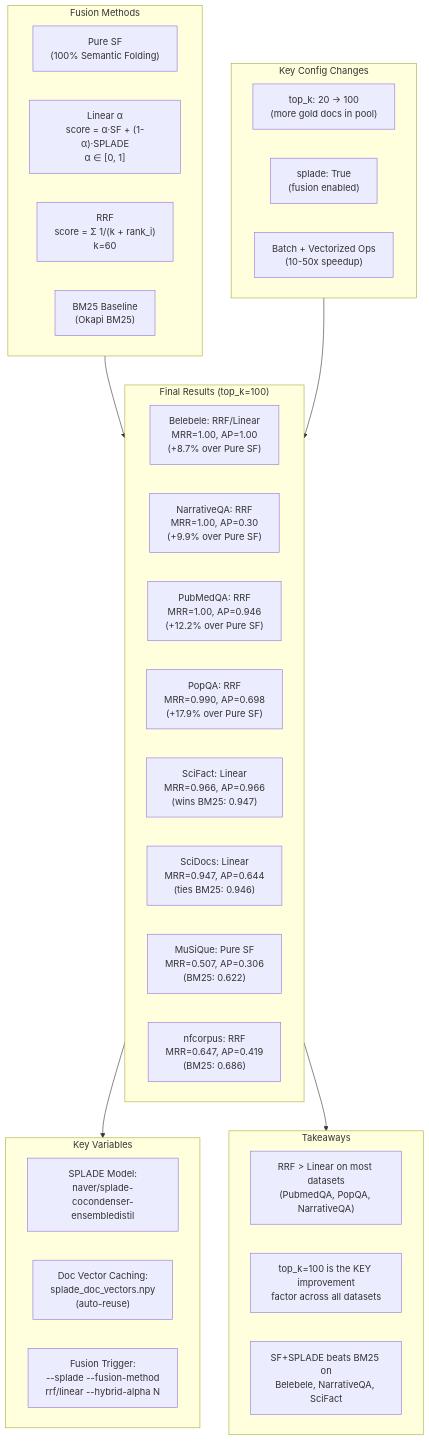
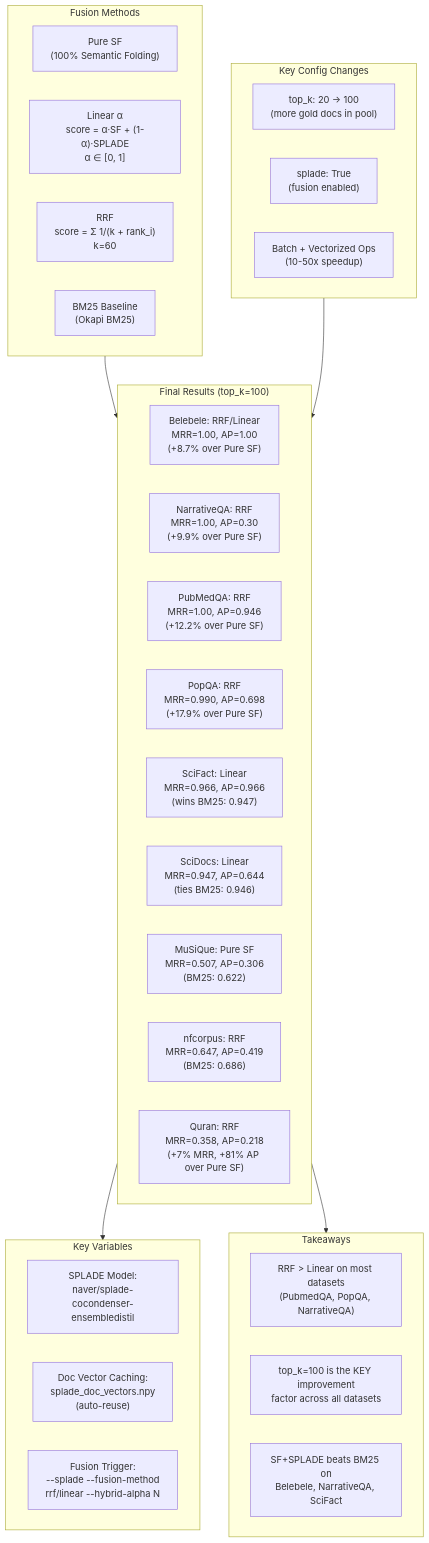
One commit to vahidmoradilak/SemanticFolding changed the fifth of 8 diagrams in docs/block_diagram.md. Above: the diagram before and after it, drawn with Mermaid. The commit also changed other lines of this file and 4 other files, not shown here.

````diff
--- a/docs/block_diagram.md
+++ b/docs/block_diagram.md
@@ -178,43 +178,44 @@
 ```mermaid
 flowchart TD
     subgraph METHODS["Fusion Methods"]
         M1["Pure SF\n(100% Semantic Folding)"]
         M2["Linear α\nscore = α·SF + (1-α)·SPLADE\nα ∈ [0, 1]"]
         M3["RRF\nscore = Σ 1/(k + rank_i)\nk=60"]
         M4["BM25 Baseline\n(Okapi BM25)"]
     end
 
     subgraph KEY_CONFIG["Key Config Changes"]
         K1["top_k: 20 → 100\n(more gold docs in pool)"]
         K2["splade: True\n(fusion enabled)"]
         K3["Batch + Vectorized Ops\n(10-50x speedup)"]
     end
 
     subgraph RESULTS["Final Results (top_k=100)"]
         R1["Belebele: RRF/Linear\nMRR=1.00, AP=1.00\n(+8.7% over Pure SF)"]
         R2["NarrativeQA: RRF\nMRR=1.00, AP=0.30\n(+9.9% over Pure SF)"]
         R3["PubMedQA: RRF\nMRR=1.00, AP=0.946\n(+12.2% over Pure SF)"]
         R4["PopQA: RRF\nMRR=0.990, AP=0.698\n(+17.9% over Pure SF)"]
         R5["SciFact: Linear\nMRR=0.966, AP=0.966\n(wins BM25: 0.947)"]
         R6["SciDocs: Linear\nMRR=0.947, AP=0.644\n(ties BM25: 0.946)"]
         R7["MuSiQue: Pure SF\nMRR=0.507, AP=0.306\n(BM25: 0.622)"]
         R8["nfcorpus: RRF\nMRR=0.647, AP=0.419\n(BM25: 0.686)"]
+        R9["Quran: RRF\nMRR=0.358, AP=0.218\n(+7% MRR, +81% AP over Pure SF)"]
     end
 
     subgraph VARS["Key Variables"]
         V1["SPLADE Model:\nnaver/splade-cocondenser-\nensembledistil"]
         V2["Doc Vector Caching:\nsplade_doc_vectors.npy\n(auto-reuse)"]
         V3["Fusion Trigger:\n--splade --fusion-method\nrrf/linear --hybrid-alpha N"]
     end
 
     subgraph TAKEAWAY["Takeaways"]
         T1["RRF > Linear on most datasets\n(PubmedQA, PopQA, NarrativeQA)"]
         T2["top_k=100 is the KEY improvement\nfactor across all datasets"]
         T3["SF+SPLADE beats BM25 on\nBelebele, NarrativeQA, SciFact"]
     end
 
     METHODS --> RESULTS
     KEY_CONFIG --> RESULTS
     RESULTS --> VARS
     RESULTS --> TAKEAWAY
 ```
````
